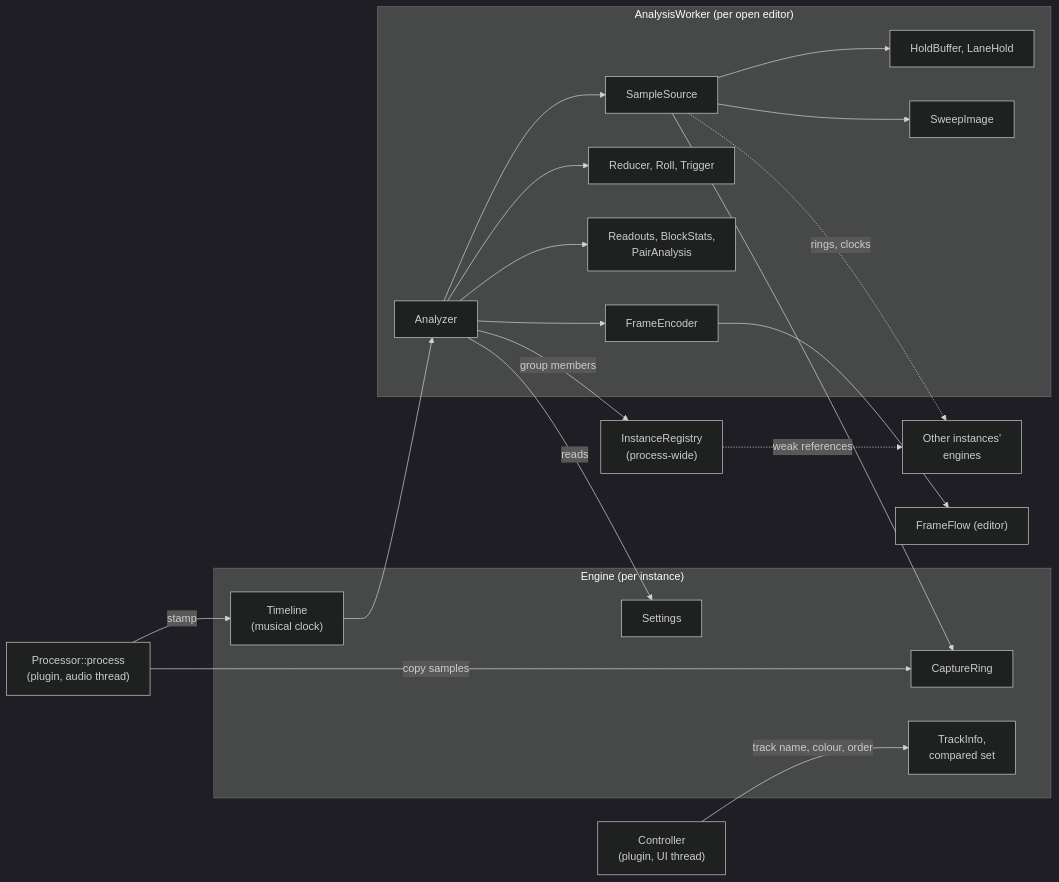
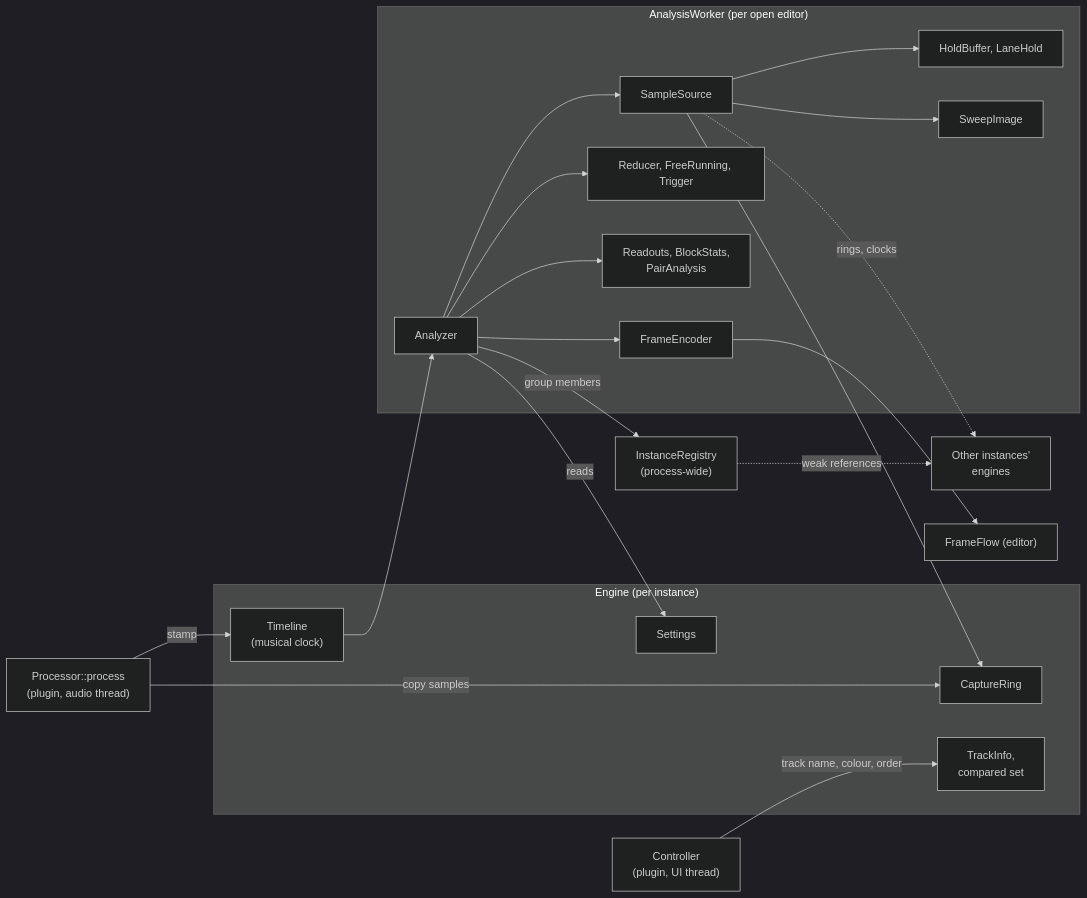
One commit to orizonaudio/Sineless changed the third of 12 diagrams in docs/DESIGN.md. Above: the diagram before and after it, drawn with Mermaid (dark theme). The commit also changed other lines of this file and 85 other files, not shown here.

````diff
--- a/docs/DESIGN.md
+++ b/docs/DESIGN.md
@@ -417,36 +418,36 @@
 ```mermaid
 flowchart LR
   Proc["Processor::process<br/>(plugin, audio thread)"]
   Ctrl["Controller<br/>(plugin, UI thread)"]
   subgraph Engine["Engine (per instance)"]
     Ring["CaptureRing"]
     Clock["Timeline<br/>(musical clock)"]
     Settings["Settings"]
     Track["TrackInfo,<br/>compared set"]
   end
   subgraph Worker["AnalysisWorker (per open editor)"]
     Analyzer["Analyzer"]
     Source["SampleSource"]
     Hold["HoldBuffer, LaneHold"]
     Sweep["SweepImage"]
-    Reduce["Reducer, Roll, Trigger"]
+    Reduce["Reducer, FreeRunning, Trigger"]
     Stats["Readouts, BlockStats,<br/>PairAnalysis"]
     Enc["FrameEncoder"]
   end
   Registry["InstanceRegistry<br/>(process-wide)"]
   Others["Other instances'<br/>engines"]
   Flow["FrameFlow (editor)"]
 
   Proc -- "copy samples" --> Ring
   Proc -- "stamp" --> Clock
   Ctrl -- "track name, colour, order" --> Track
   Analyzer -- "reads" --> Settings
   Analyzer -- "group members" --> Registry
   Registry -. "weak references" .-> Others
   Analyzer --> Source
   Source --> Ring & Hold & Sweep
   Source -. "rings, clocks" .-> Others
   Clock --> Analyzer
   Analyzer --> Reduce & Stats
   Analyzer --> Enc --> Flow
 ```
````
